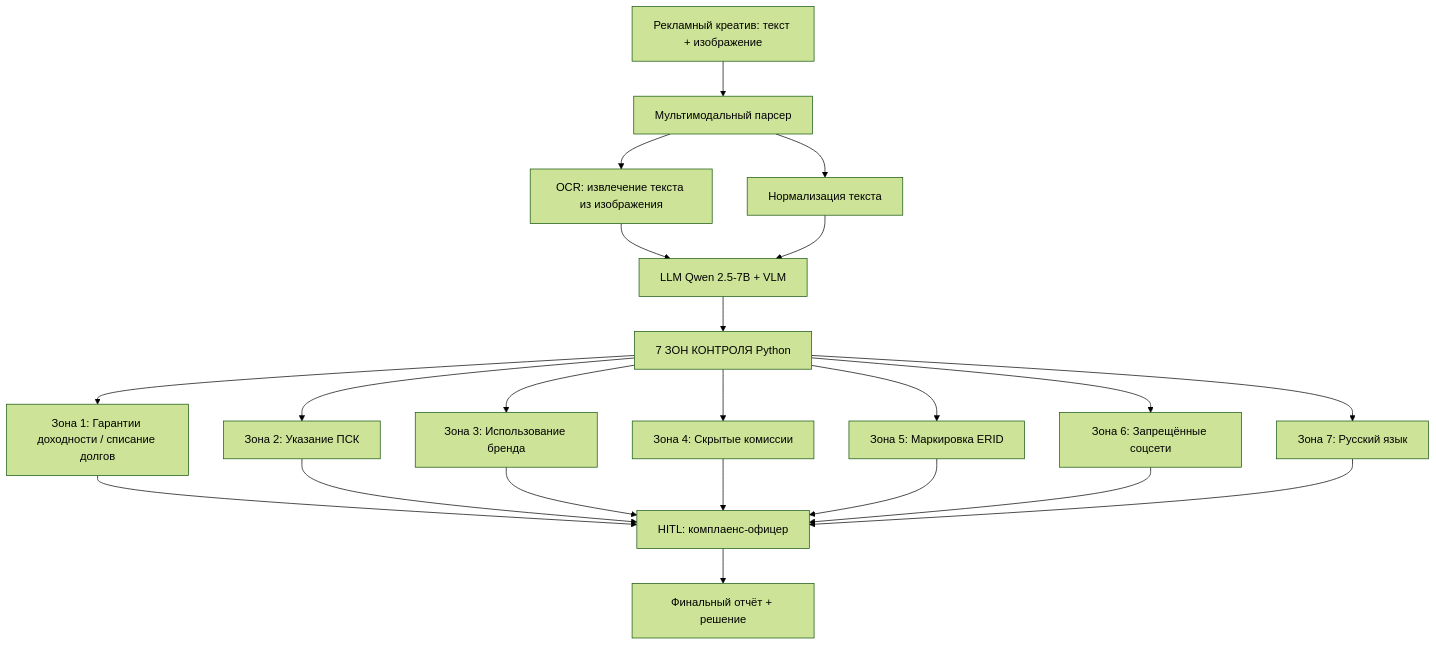
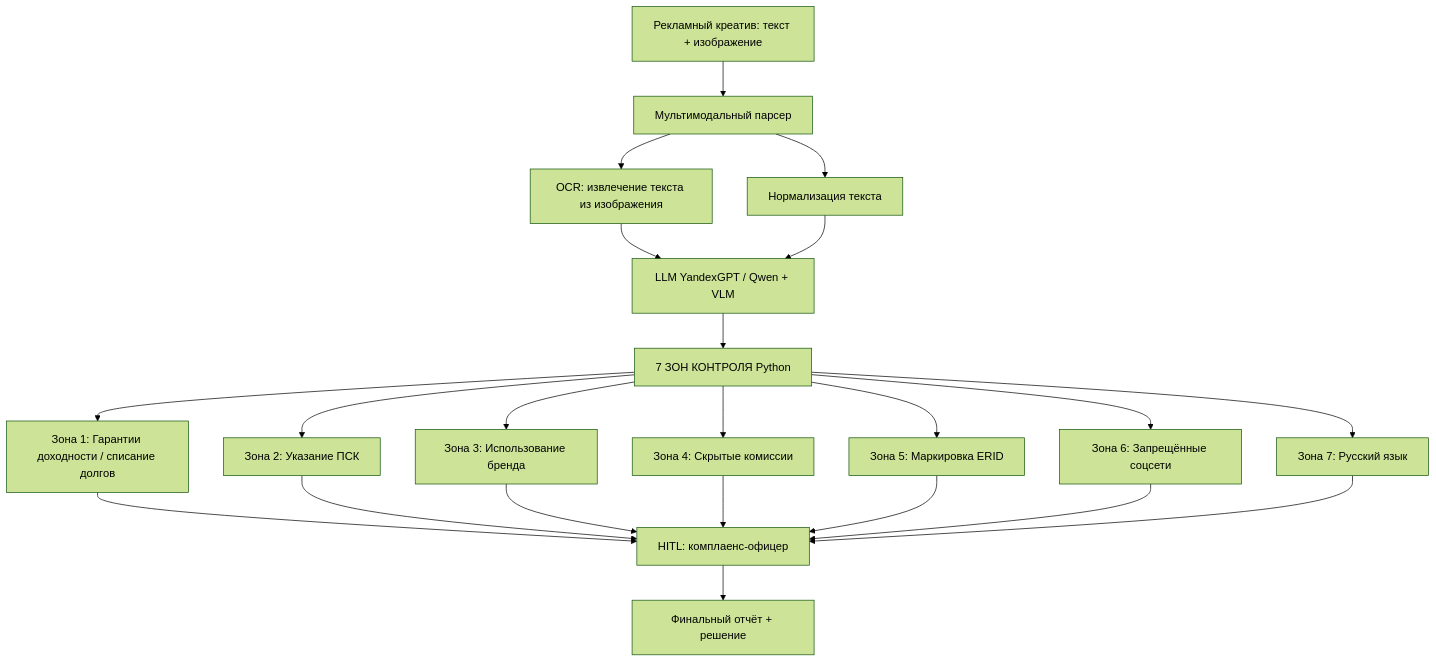
One commit to Serx17/ai-compliance-portfolio changed the diagram in case-3-fas-parser/process.md. Above: the diagram before and after it, drawn with Mermaid (forest theme). The commit also changed other lines of this file, not shown here.

Commit message:
Update process: LLM provider (YandexGPT demo / Qwen prod)

````diff
--- a/case-3-fas-parser/process.md
+++ b/case-3-fas-parser/process.md
@@ -10,24 +11,24 @@
 ```mermaid
 flowchart TD
     A[Рекламный креатив: текст + изображение] --> B[Мультимодальный парсер]
     B --> B1[OCR: извлечение текста из изображения]
     B --> B2[Нормализация текста]
-    B1 --> C[LLM Qwen 2.5-7B + VLM]
+    B1 --> C[LLM YandexGPT / Qwen + VLM]
     B2 --> C
     C --> D[7 ЗОН КОНТРОЛЯ Python]
     D --> D1[Зона 1: Гарантии доходности / списание долгов]
     D --> D2[Зона 2: Указание ПСК]
     D --> D3[Зона 3: Использование бренда]
     D --> D4[Зона 4: Скрытые комиссии]
     D --> D5[Зона 5: Маркировка ERID]
     D --> D6[Зона 6: Запрещённые соцсети]
     D --> D7[Зона 7: Русский язык]
     D1 --> E[HITL: комплаенс-офицер]
     D2 --> E
     D3 --> E
     D4 --> E
     D5 --> E
     D6 --> E
     D7 --> E
     E --> F[Финальный отчёт + решение]
 ```
````
